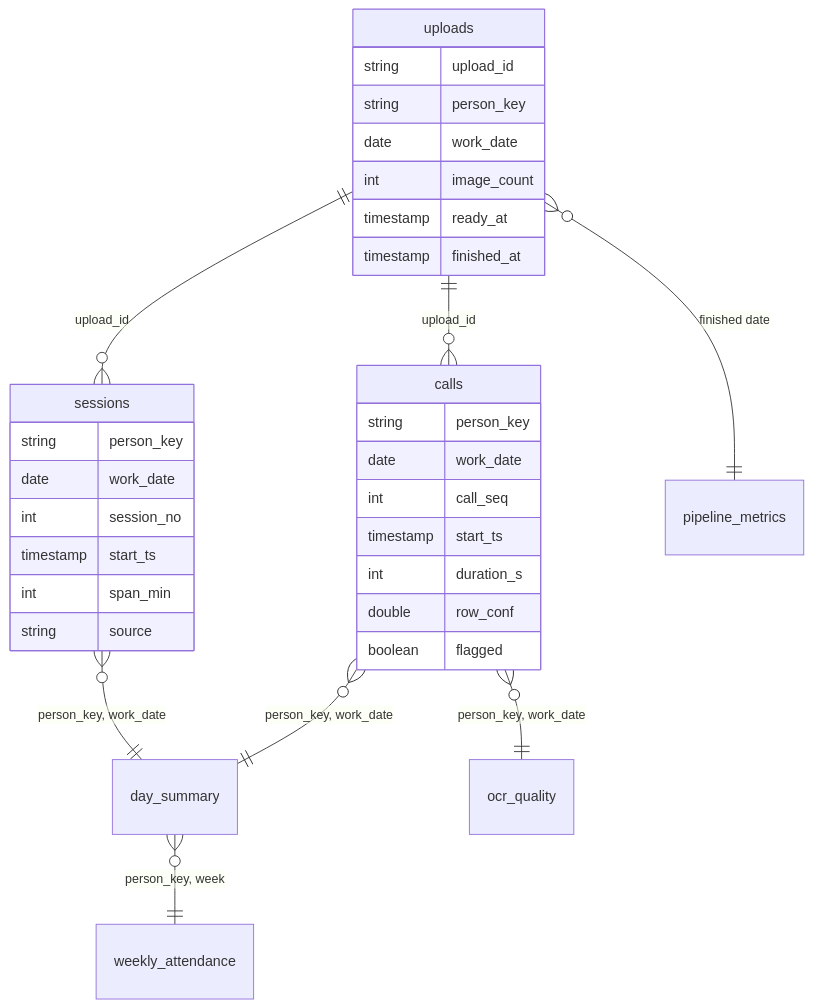
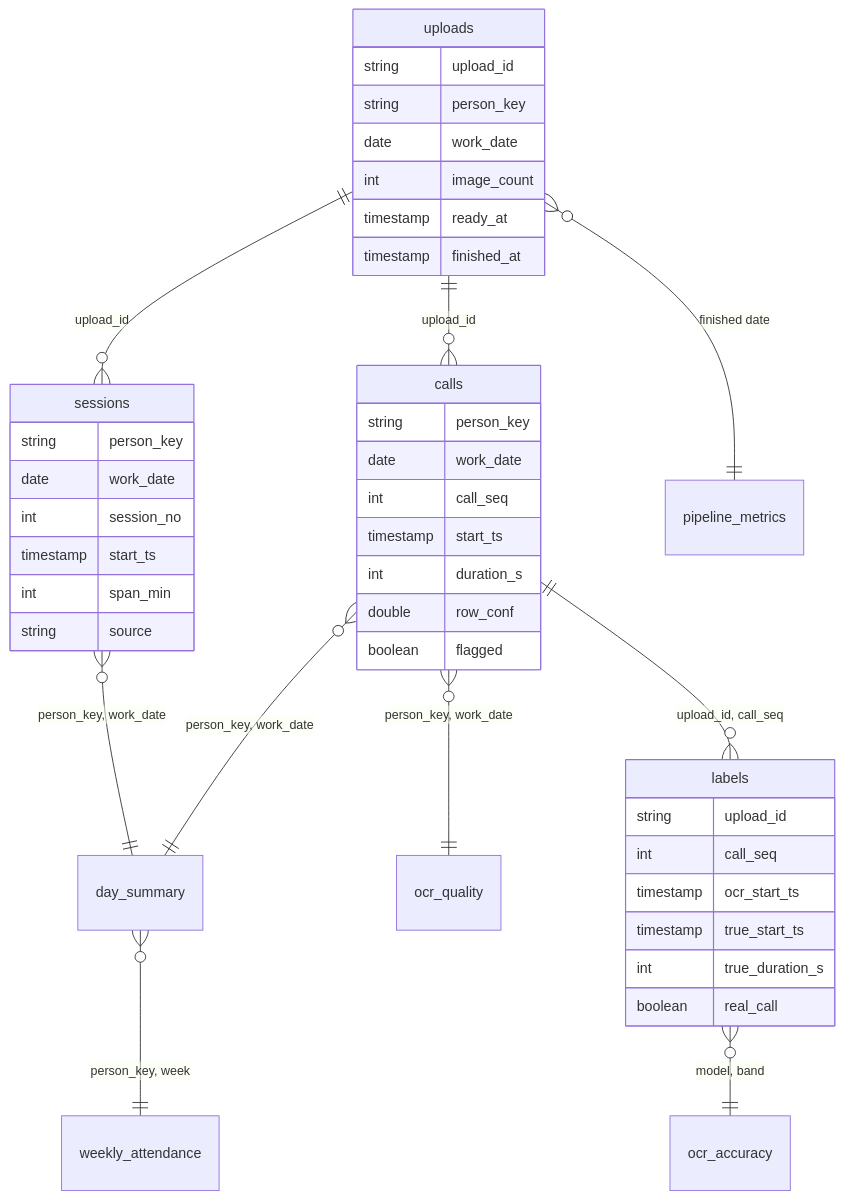
The diagram in docs/aws/data-contract.md (tannedjames/calls-log-aws), drawn with Mermaid before and after one commit. The commit also changed other lines of this file and 20 other files, not shown here.

First line of the commit message:
feat(lake): check the lake's choice per day; hand labels and the ocr_accuracy view

````diff
--- a/docs/aws/data-contract.md
+++ b/docs/aws/data-contract.md
@@ -215,35 +245,45 @@
 ```mermaid
 erDiagram
     uploads ||--o{ calls : "upload_id"
     uploads ||--o{ sessions : "upload_id"
     sessions }o--|| day_summary : "person_key, work_date"
     calls }o--|| day_summary : "person_key, work_date"
     day_summary }o--|| weekly_attendance : "person_key, week"
     uploads }o--|| pipeline_metrics : "finished date"
     calls }o--|| ocr_quality : "person_key, work_date"
+    calls ||--o{ labels : "upload_id, call_seq"
+    labels }o--|| ocr_accuracy : "model, band"
     uploads {
         string upload_id
         string person_key
         date work_date
         int image_count
         timestamp ready_at
         timestamp finished_at
     }
     calls {
         string person_key
         date work_date
         int call_seq
         timestamp start_ts
         int duration_s
         double row_conf
         boolean flagged
     }
+    labels {
+        string upload_id
+        int call_seq
+        timestamp ocr_start_ts
+        timestamp true_start_ts
+        int true_duration_s
+        boolean real_call
+    }
     sessions {
         string person_key
         date work_date
         int session_no
         timestamp start_ts
         int span_min
         string source
     }
 ```
````
